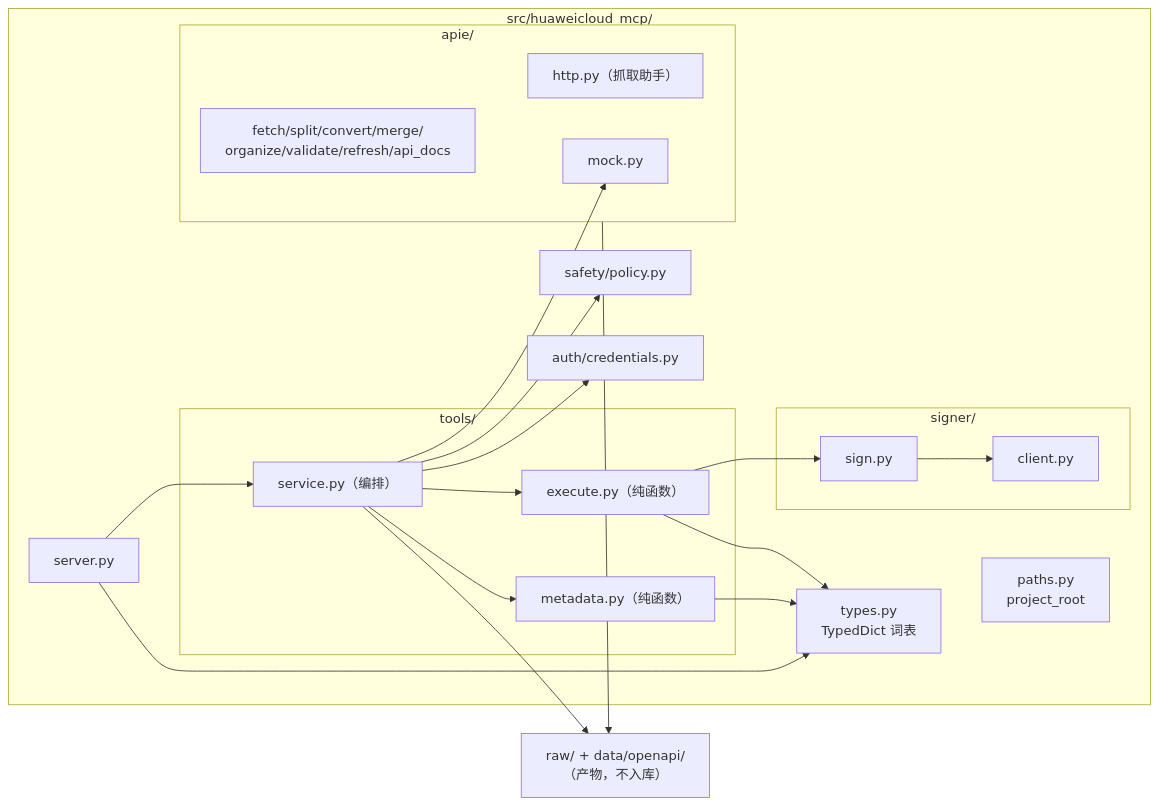
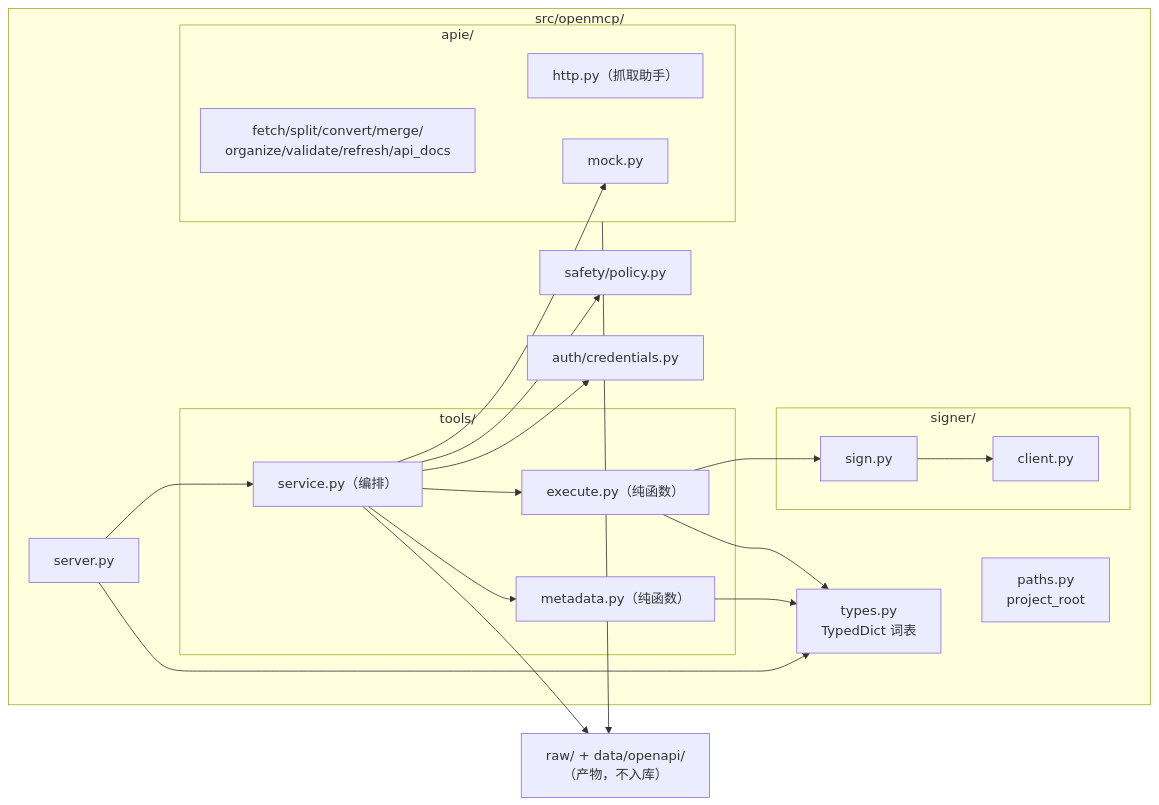
Before and after one commit to huaweicloud-mate/huaweicloud-open-mcp: the sixth of 8 diagrams in docs/design.md, drawn with Mermaid. The commit also changed other lines of this file and 48 other files, not shown here.

First line of the commit message:
包路径 huaweicloud_mcp → openmcp(官方 mcp SDK 同名冲突,选无冲突短名)

````diff
--- a/docs/design.md
+++ b/docs/design.md
@@ -196,38 +196,38 @@
 ```mermaid
 graph LR
-    subgraph src["src/huaweicloud_mcp/"]
+    subgraph src["src/openmcp/"]
         T["types.py<br/>TypedDict 词表"]
         P["paths.py<br/>project_root"]
         SRV["server.py"]
         subgraph TL["tools/"]
             MT["metadata.py（纯函数）"]
             EX["execute.py（纯函数）"]
             SV["service.py（编排）"]
         end
         subgraph SG["signer/"]
             SN["sign.py"]
             CL["client.py"]
         end
         subgraph AP["apie/"]
             PIPE["fetch/split/convert/merge/<br/>organize/validate/refresh/api_docs"]
             H["http.py（抓取助手）"]
             MK["mock.py"]
         end
         SF["safety/policy.py"]
         AU["auth/credentials.py"]
     end
     DS["raw/ + data/openapi/<br/>（产物，不入库）"]
 
     SRV --> SV --> MT
     SV --> EX --> SN --> CL
     SV --> SF
     SV --> AU
     SRV --> T
     MT --> T
     EX --> T
     AP --> H
     AP --> MK
     AP --> DS
     SV --> DS
     SV --> MK
 ```
````
